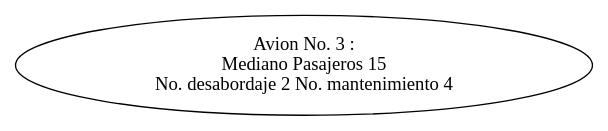
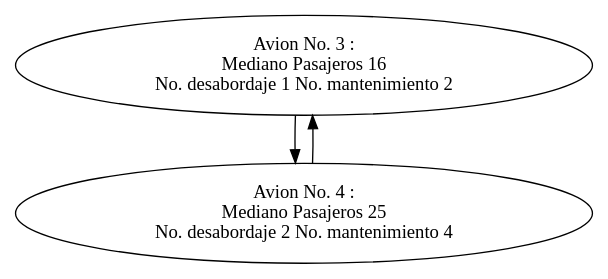
Before and after one commit to AbyPalencia/IPC1_201700837: the diagram in Proyecto 2/Proyecto2IPC1/listaDoble.dot, drawn with Graphviz. The commit also changed 19 other files, not shown here.

```diff
--- a/Proyecto 2/Proyecto2IPC1/listaDoble.dot
+++ b/Proyecto 2/Proyecto2IPC1/listaDoble.dot
@@ -1,6 +1,11 @@
 digraph listadoble {
-nodo1291012575[label="Avion No. 3 : 
-Mediano Pasajeros 15
+nodo888807081[label="Avion No. 3 : 
+Mediano Pasajeros 16
+ No. desabordaje 1 No. mantenimiento 2"];
+nodo888807081->nodo1724524704;
+nodo1724524704->nodo888807081;
+nodo1724524704[label="Avion No. 4 : 
+Mediano Pasajeros 25
  No. desabordaje 2 No. mantenimiento 4"];
 
 }
```
